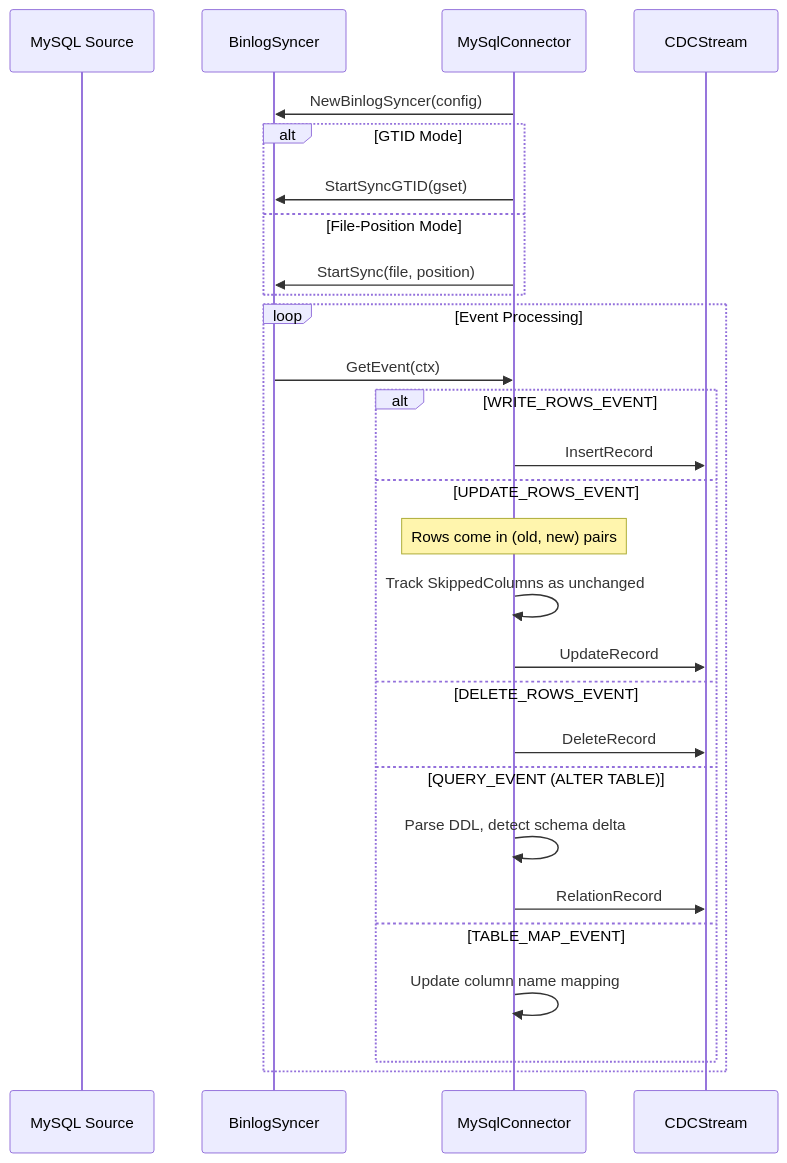
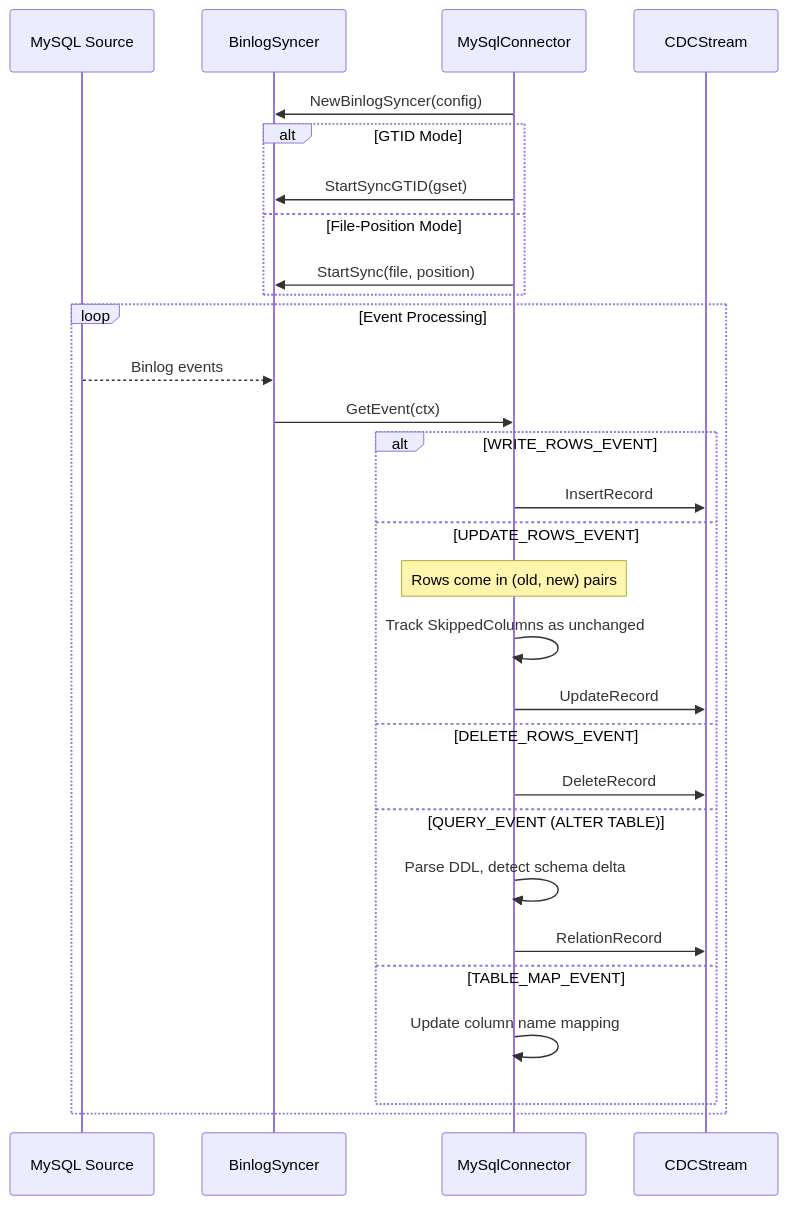
Before and after one commit to PeerDB-io/peerdb: the second of 11 diagrams in docs/deep-dive-design-document.md, drawn with Mermaid. The commit also changed other lines of this file and 1 other file, not shown here.

````diff
--- a/docs/deep-dive-design-document.md
+++ b/docs/deep-dive-design-document.md
@@ -182,34 +182,35 @@
 ```mermaid
 sequenceDiagram
     participant MY as MySQL Source
     participant Syncer as BinlogSyncer
     participant CDC as MySqlConnector
     participant Stream as CDCStream
 
     CDC->>Syncer: NewBinlogSyncer(config)
 
     alt GTID Mode
         CDC->>Syncer: StartSyncGTID(gset)
     else File-Position Mode
         CDC->>Syncer: StartSync(file, position)
     end
 
     loop Event Processing
+        MY-->>Syncer: Binlog events
         Syncer->>CDC: GetEvent(ctx)
 
         alt WRITE_ROWS_EVENT
             CDC->>Stream: InsertRecord
         else UPDATE_ROWS_EVENT
             Note over CDC: Rows come in (old, new) pairs
             CDC->>CDC: Track SkippedColumns as unchanged
             CDC->>Stream: UpdateRecord
         else DELETE_ROWS_EVENT
             CDC->>Stream: DeleteRecord
         else QUERY_EVENT (ALTER TABLE)
             CDC->>CDC: Parse DDL, detect schema delta
             CDC->>Stream: RelationRecord
         else TABLE_MAP_EVENT
             CDC->>CDC: Update column name mapping
         end
     end
 ```
````
